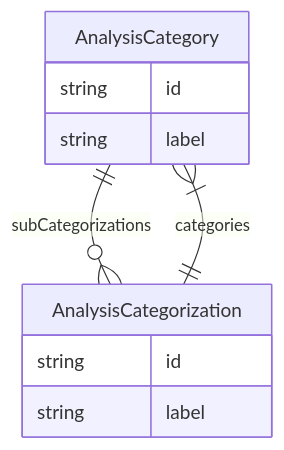
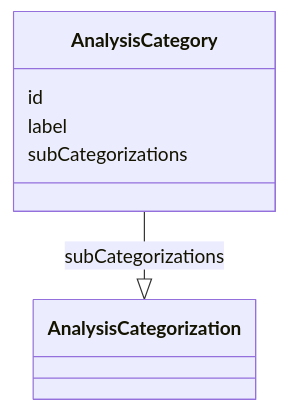
Before and after one commit to cdisc-org/analysis-results-standard: the diagram in project/docs/AnalysisCategory.md, drawn with Mermaid. The commit also changed 256 other files, not shown here.

Commit message:
Documentation diagrams

````diff
--- a/project/docs/AnalysisCategory.md
+++ b/project/docs/AnalysisCategory.md
@@ -13,15 +15,13 @@
 ```mermaid
-erDiagram
-AnalysisCategory {
-    string id  
-    string label  
-}
-AnalysisCategorization {
-    string id  
-    string label  
-}
-
-AnalysisCategory ||--}o AnalysisCategorization : "subCategorizations"
-AnalysisCategorization ||--}| AnalysisCategory : "categories"
-
+ classDiagram
+    class AnalysisCategory
+      AnalysisCategory : id
+        
+      AnalysisCategory : label
+        
+      AnalysisCategory : subCategorizations
+        
+          AnalysisCategory --|> AnalysisCategorization : subCategorizations
+        
+      
 ```
````
